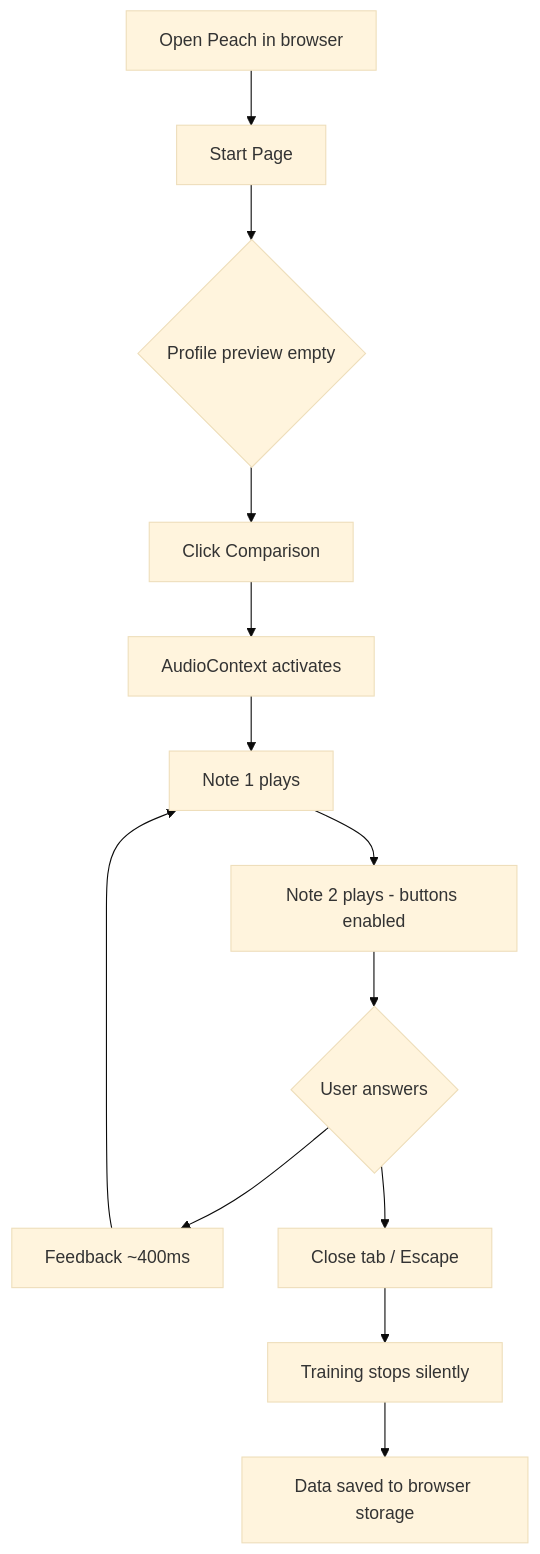
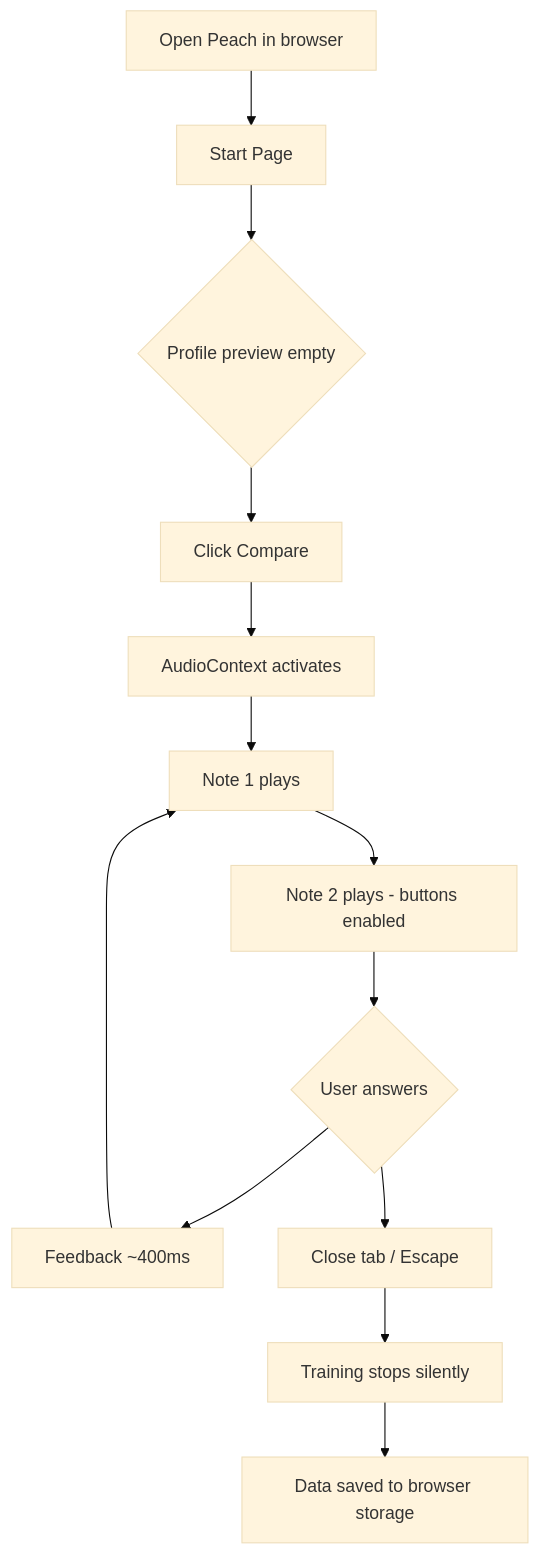
One commit to mschuerig/peach-web changed the first of 5 diagrams in docs/planning-artifacts/ux-design-specification.md. Above: the diagram before and after it, drawn with Mermaid (base theme). The commit also changed other lines of this file and 6 other files, not shown here.

````diff
--- a/docs/planning-artifacts/ux-design-specification.md
+++ b/docs/planning-artifacts/ux-design-specification.md
@@ -608,15 +608,15 @@
 ```mermaid
 flowchart TD
     A[Open Peach in browser] --> B[Start Page]
     B --> C{Profile preview empty}
-    C --> D[Click Comparison]
+    C --> D[Click Compare]
     D --> E[AudioContext activates]
     E --> F[Note 1 plays]
     F --> G[Note 2 plays - buttons enabled]
     G --> H{User answers}
     H --> I[Feedback ~400ms]
     I --> F
     H --> J[Close tab / Escape]
     J --> K[Training stops silently]
     K --> L[Data saved to browser storage]
 ```
````
